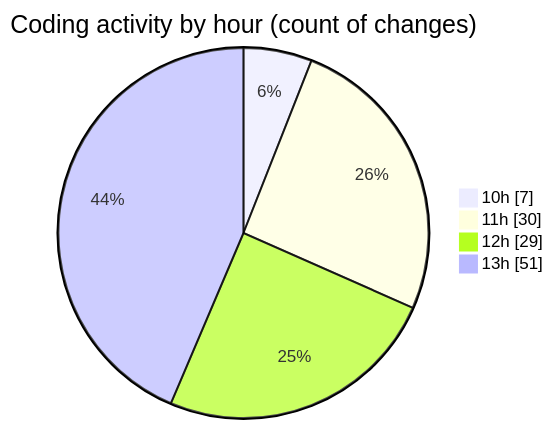
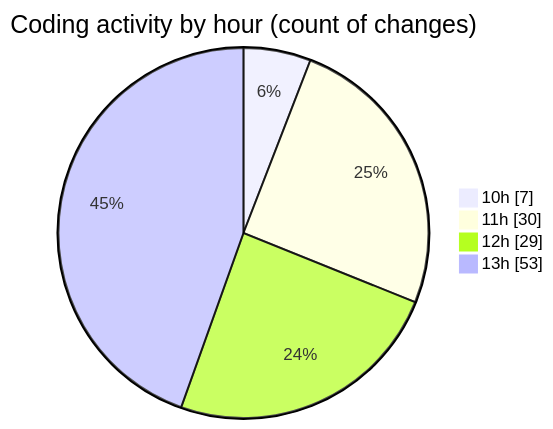
One commit to momahboobian/code-tracking changed the second of 2 diagrams in 2025-06-26/cda/README.md. Above: the diagram before and after it, drawn with Mermaid. The commit also changed other lines of this file and 1 other file, not shown here.

````diff
--- a/2025-06-26/cda/README.md
+++ b/2025-06-26/cda/README.md
@@ -39,8 +39,8 @@
 ```mermaid
 pie showData
 title Coding activity by hour (count of changes)
 "10h" : 7
 "11h" : 30
 "12h" : 29
-"13h" : 51
+"13h" : 53
 ```
````
